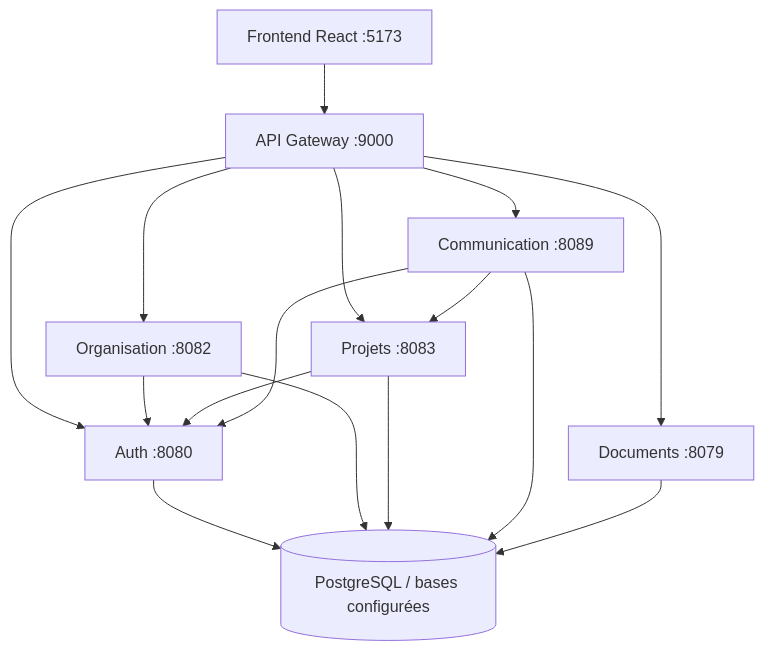
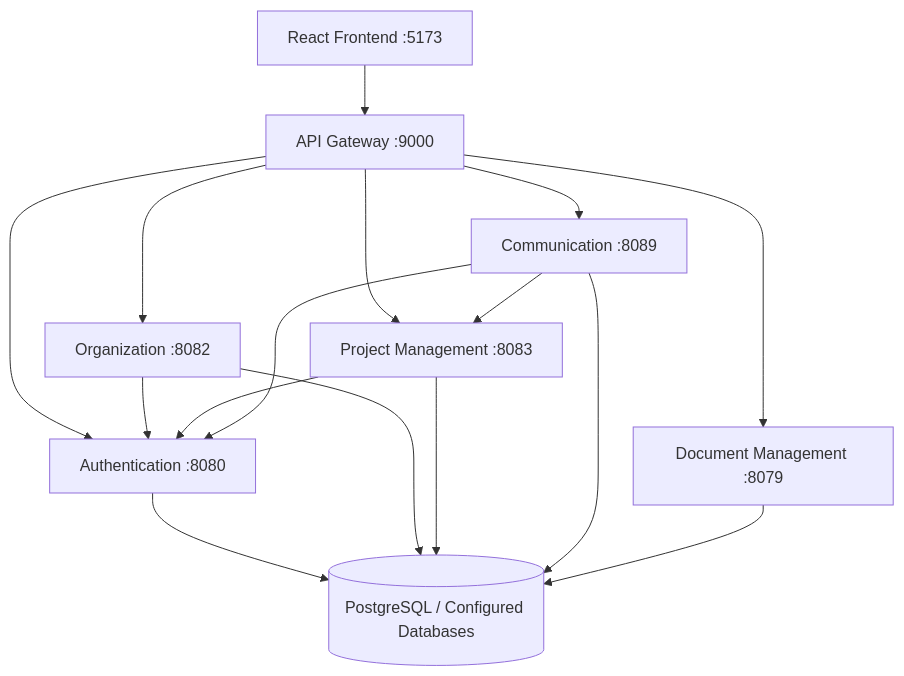
Before and after one commit to FATIMA-BOUSMITI/Platform-collaboration-ocp-backend: the diagram in README.md, drawn with Mermaid. The commit also changed other lines of this file, not shown here.

````diff
--- a/README.md
+++ b/README.md
@@ -43,18 +45,18 @@
 ```mermaid
 flowchart TD
-    F[Frontend React :5173] --> G[API Gateway :9000]
-    G --> A[Auth :8080]
-    G --> U[Organisation :8082]
-    G --> P[Projets :8083]
+    F[React Frontend :5173] --> G[API Gateway :9000]
+    G --> A[Authentication :8080]
+    G --> U[Organization :8082]
+    G --> P[Project Management :8083]
     G --> C[Communication :8089]
-    G --> D[Documents :8079]
+    G --> D[Document Management :8079]
     U --> A
     P --> A
     C --> A
     C --> P
-    A --> DB[(PostgreSQL / bases configurées)]
+    A --> DB[(PostgreSQL / Configured Databases)]
     U --> DB
     P --> DB
     C --> DB
     D --> DB
 ```
````
